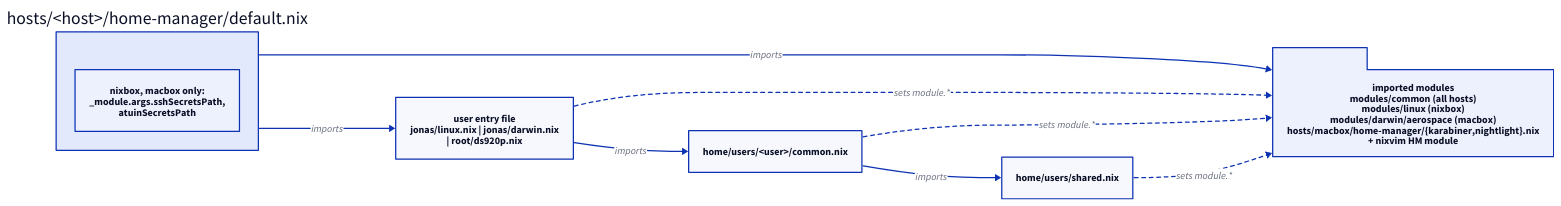
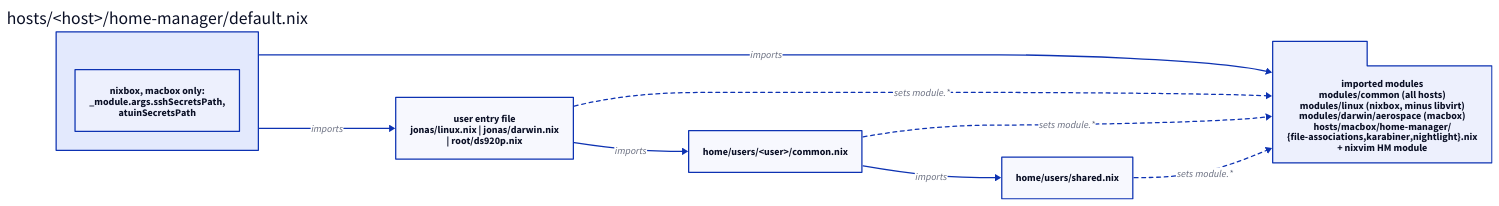
The diagram in wiki/diagrams/home-wiring.d2 (eana/nix-config), drawn with D2 before and after one commit. The commit also changed 11 other files, not shown here.

First line of the commit message:
docs: refresh architecture wiki

```diff
--- a/wiki/diagrams/home-wiring.d2
+++ b/wiki/diagrams/home-wiring.d2
@@ -1,29 +1,29 @@
 direction: right
 
 host: "hosts/<host>/home-manager/default.nix" {
   args: "nixbox, macbox only:\n_module.args.sshSecretsPath,\natuinSecretsPath"
 }
 
 entry: "user entry file\njonas/linux.nix | jonas/darwin.nix\n| root/ds920p.nix"
 
 common: "home/users/<user>/common.nix"
 
 shared: "home/users/shared.nix"
 
-mods: "imported modules\nmodules/common (all hosts)\nmodules/linux (nixbox)\nmodules/darwin/aerospace (macbox)\nhosts/macbox/home-manager/{karabiner,nightlight}.nix\n+ nixvim HM module" {
+mods: "imported modules\nmodules/common (all hosts)\nmodules/linux (nixbox, minus libvirt)\nmodules/darwin/aerospace (macbox)\nhosts/macbox/home-manager/\n{file-associations,karabiner,nightlight}.nix\n+ nixvim HM module" {
   shape: package
 }
 
 host -> entry: "imports"
 entry -> common: "imports"
 common -> shared: "imports"
 host -> mods: "imports"
 entry -> mods: "sets module.*" {
   style.stroke-dash: 3
 }
 common -> mods: "sets module.*" {
   style.stroke-dash: 3
 }
 shared -> mods: "sets module.*" {
   style.stroke-dash: 3
 }
```
